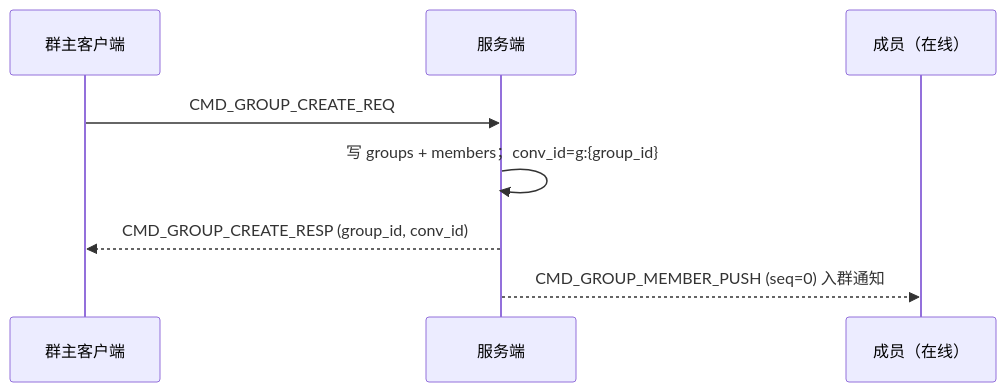
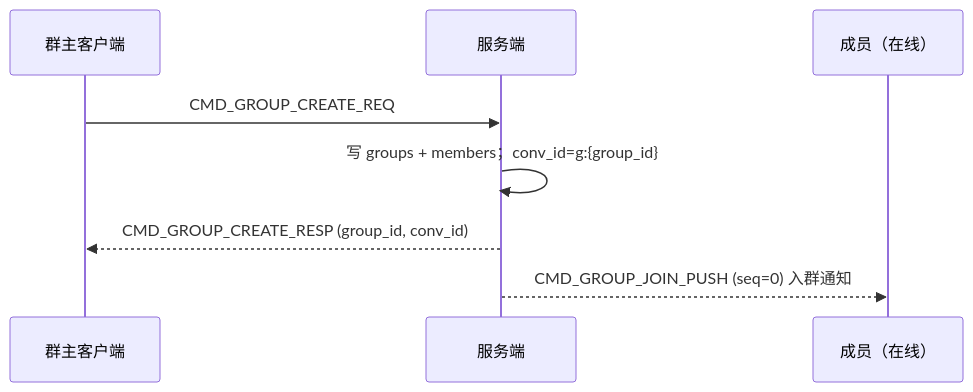
Before and after one commit to memacs/im: the first of 5 diagrams in docs/design/group.md, drawn with Mermaid. The commit also changed other lines of this file and 617 other files, not shown here.

````diff
--- a/docs/design/group.md
+++ b/docs/design/group.md
@@ -39,11 +40,11 @@
 ```mermaid
 sequenceDiagram
   participant O as 群主客户端
   participant S as 服务端
   participant M as 成员（在线）
 
   O->>S: CMD_GROUP_CREATE_REQ
   S->>S: 写 groups + members；conv_id=g:{group_id}
   S-->>O: CMD_GROUP_CREATE_RESP (group_id, conv_id)
-  S-->>M: CMD_GROUP_MEMBER_PUSH (seq=0) 入群通知
+  S-->>M: CMD_GROUP_JOIN_PUSH (seq=0) 入群通知
 ```
````
